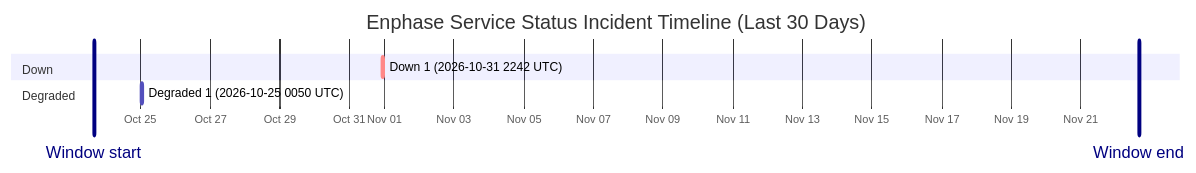
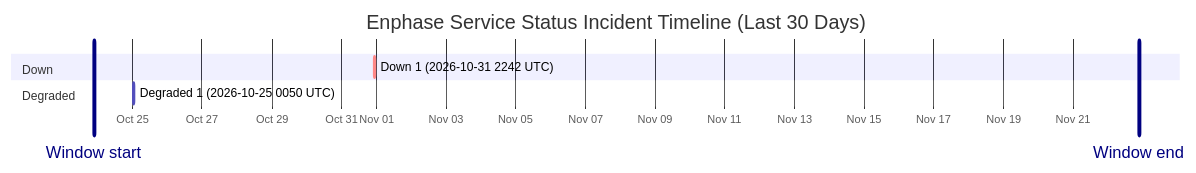
One commit to barneyonline/ha-enphase-energy changed the diagram in wiki/Service-Status-History.md. Above: the diagram before and after it, drawn with Mermaid. The commit also changed other lines of this file and 3 other files, not shown here.

````diff
--- a/wiki/Service-Status-History.md
+++ b/wiki/Service-Status-History.md
@@ -14,12 +14,12 @@
 ```mermaid
 gantt
     title Enphase Service Status Incident Timeline (Last 30 Days)
     dateFormat  YYYY-MM-DDTHH:mm:ss
     axisFormat  %b %d
-    Window start :vert, window-start, 2026-10-23T15:55:36, 0ms
-    Window end :vert, window-end, 2026-11-22T15:55:36, 0ms
+    Window start :vert, window-start, 2026-10-23T21:33:20, 0ms
+    Window end :vert, window-end, 2026-11-22T21:33:20, 0ms
     section Down
     Down 1 (2026-10-31 2242 UTC) :crit, down-1, 2026-10-31T22:42:18, 60m
     section Degraded
     Degraded 1 (2026-10-25 0050 UTC) :active, degraded-1, 2026-10-25T00:50:01, 60m
 ```
````
